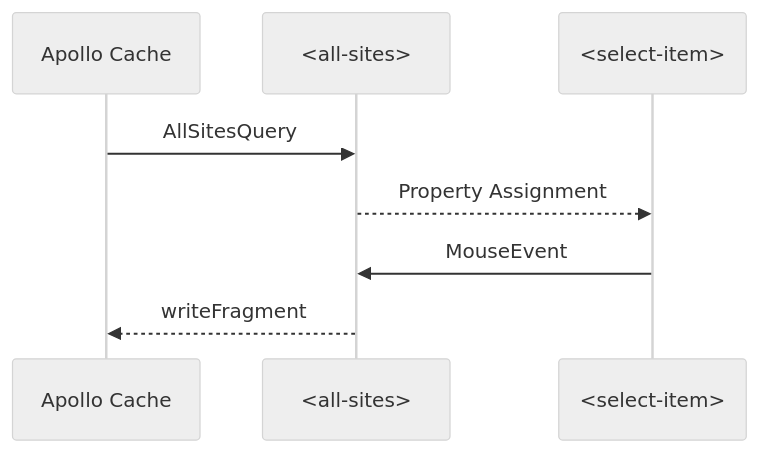
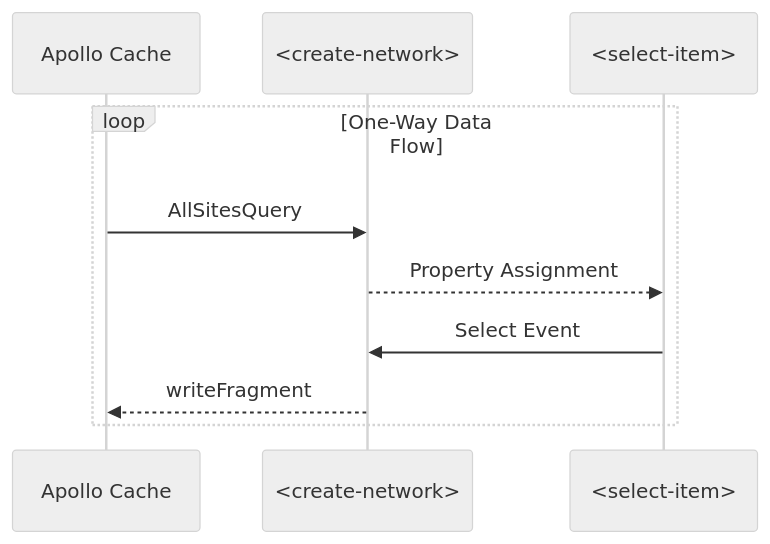
The diagram in docs/guides/usage/local-state/local-state.mermaid (apollo-elements/apollo-elements), drawn with Mermaid (neutral theme) before and after one commit. The commit also changed 16 other files, not shown here.

```diff
--- a/docs/guides/usage/local-state/local-state.mermaid
+++ b/docs/guides/usage/local-state/local-state.mermaid
@@ -1,8 +1,10 @@
 sequenceDiagram
-    participant CA as Apollo Cache
-    participant UI as <all-sites>
-    participant OL as <select-item>
-    CA->>UI: AllSitesQuery
-    UI-->>OL: Property Assignment
-    OL->>UI: MouseEvent
-    UI-->>CA: writeFragment
+    loop One-Way Data Flow
+        participant CA as Apollo Cache
+        participant UI as <create-network>
+        participant OL as <select-item>
+        CA->>UI: AllSitesQuery
+        UI-->>OL: Property Assignment
+        OL->>UI: Select Event
+        UI-->>CA: writeFragment
+    end
```
